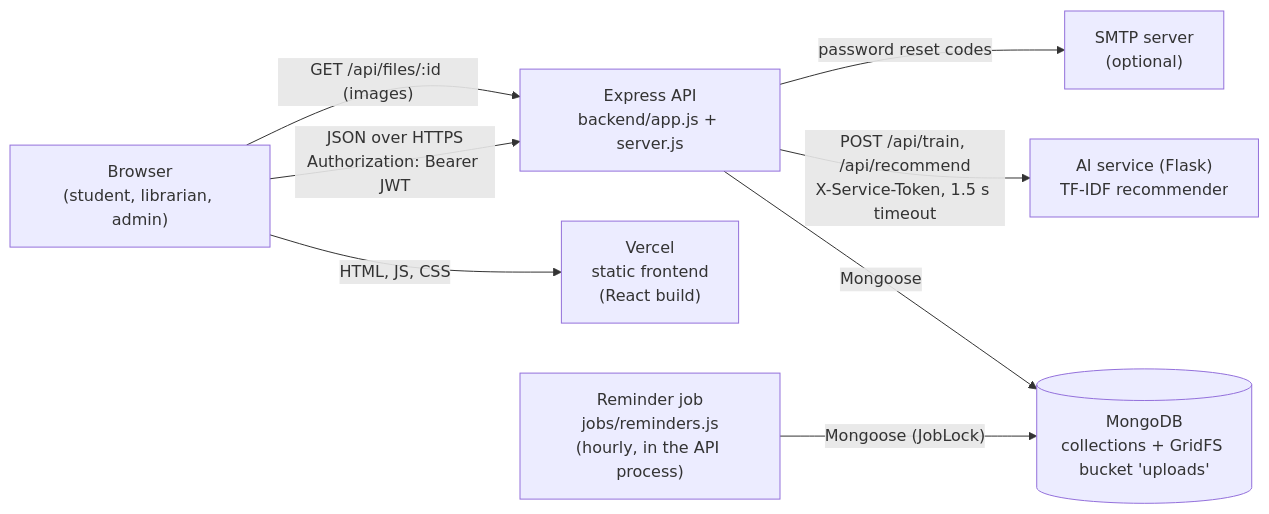
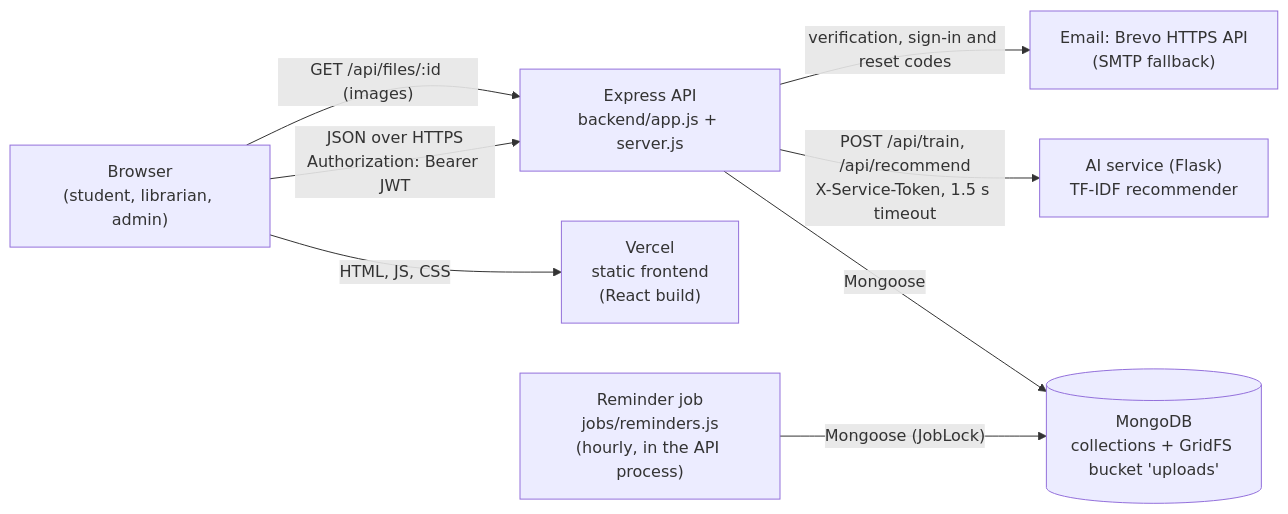
One commit to Vishesh233/LibVerse changed the first of 5 diagrams in docs/ARCHITECTURE.md. Above: the diagram before and after it, drawn with Mermaid. The commit also changed other lines of this file and 48 other files, not shown here.

Commit message:
feat(auth): email OTP login, sign-up email verification, Brevo mail service; demo: view-as roles, full-app link, cold-start screen, 6-hour reset, /demo redirect; deploy checklist

````diff
--- a/docs/ARCHITECTURE.md
+++ b/docs/ARCHITECTURE.md
@@ -21,18 +21,18 @@
 ```mermaid
 flowchart LR
     Browser["Browser<br/>(student, librarian, admin)"]
     Vercel["Vercel<br/>static frontend<br/>(React build)"]
     API["Express API<br/>backend/app.js + server.js"]
     Job["Reminder job<br/>jobs/reminders.js<br/>(hourly, in the API process)"]
     Mongo[("MongoDB<br/>collections + GridFS bucket 'uploads'")]
     AI["AI service (Flask)<br/>TF-IDF recommender"]
-    SMTP["SMTP server<br/>(optional)"]
+    SMTP["Email: Brevo HTTPS API<br/>(SMTP fallback)"]
 
     Browser -- "HTML, JS, CSS" --> Vercel
     Browser -- "JSON over HTTPS<br/>Authorization: Bearer JWT" --> API
     Browser -- "GET /api/files/:id (images)" --> API
     API -- "Mongoose" --> Mongo
     Job -- "Mongoose (JobLock)" --> Mongo
     API -- "POST /api/train, /api/recommend<br/>X-Service-Token, 1.5 s timeout" --> AI
-    API -- "password reset codes" --> SMTP
+    API -- "verification, sign-in and reset codes" --> SMTP
 ```
````
